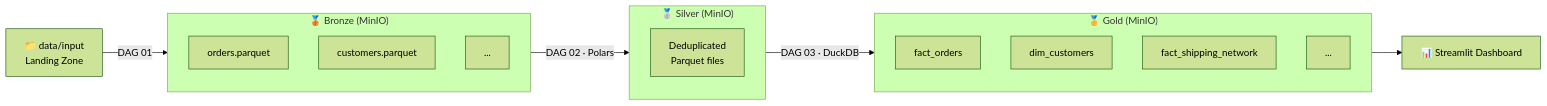
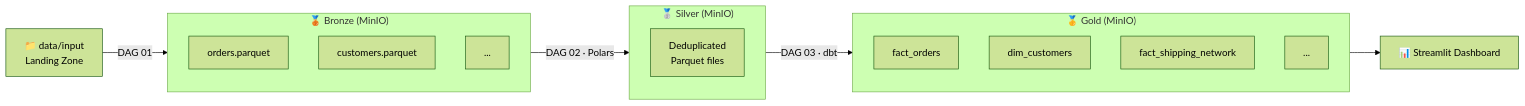
The diagram in README.md (m-prth/olist-pipeline), drawn with Mermaid (forest theme) before and after one commit. The commit also changed other lines of this file and 31 other files, not shown here.

````diff
--- a/README.md
+++ b/README.md
@@ -9,21 +9,21 @@
 ```mermaid
 graph LR
     A[📁 data/input\nLanding Zone] -->|DAG 01| B
     subgraph B["🥉 Bronze (MinIO)"]
         B1[orders.parquet]
         B2[customers.parquet]
         B3[...]
     end
     B -->|DAG 02 · Polars| C
     subgraph C["🥈 Silver (MinIO)"]
         C1[Deduplicated\nParquet files]
     end
-    C -->|DAG 03 · DuckDB| D
+    C -->|DAG 03 · dbt| D
     subgraph D["🥇 Gold (MinIO)"]
         D1[fact_orders]
         D2[dim_customers]
         D3[fact_shipping_network]
         D4[...]
     end
     D --> E[📊 Streamlit Dashboard]
 ```
````
